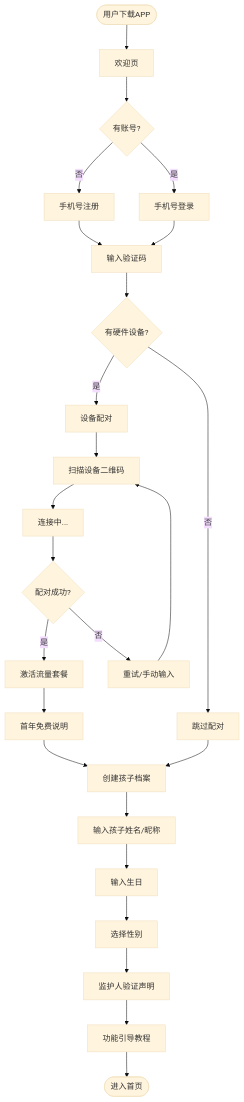
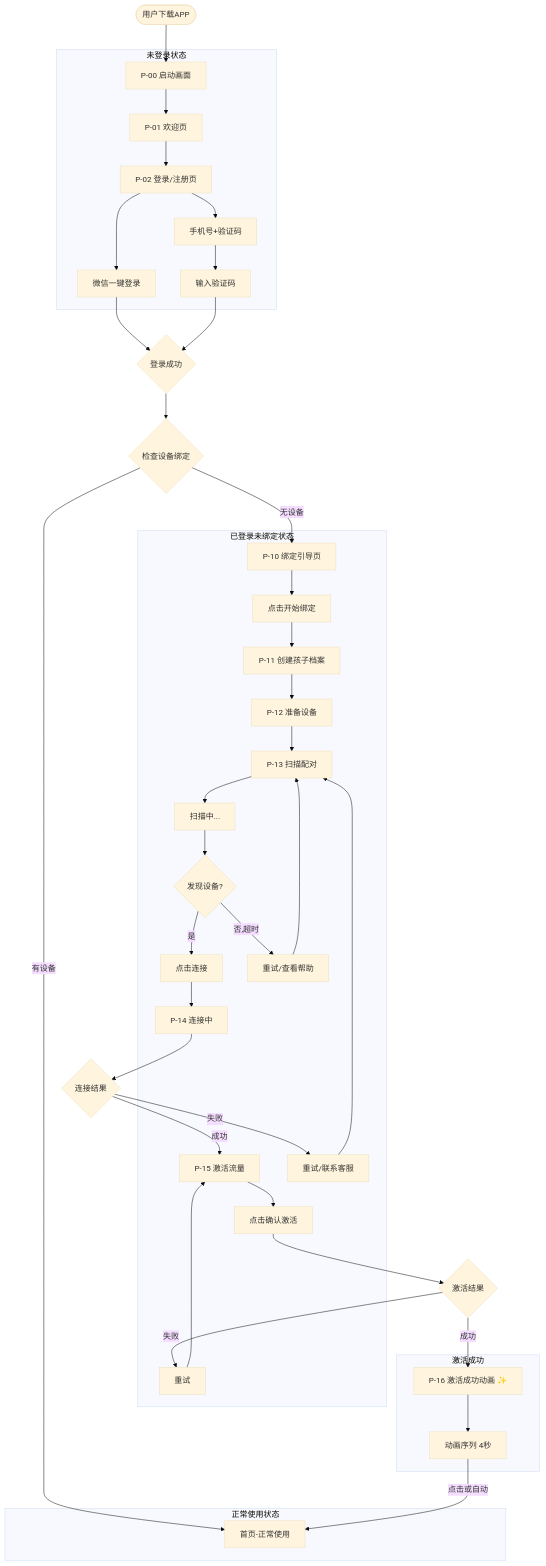
One commit to YZxyzz/Little-star changed the first of 10 diagrams in docs/02-product-spec/app-ux-design.md. Above: the diagram before and after it, drawn with Mermaid (base theme). The commit also changed other lines of this file and 37 other files, not shown here.

````diff
--- a/docs/02-product-spec/app-ux-design.md
+++ b/docs/02-product-spec/app-ux-design.md
@@ -171,36 +211,83 @@
 ```mermaid
 flowchart TD
-    Start([用户下载APP]) --> Welcome[欢迎页]
-    Welcome --> Login{有账号?}
+    Start([用户下载APP]) --> Splash[P-00 启动画面]
+    Splash --> Welcome[P-01 欢迎页]
+    Welcome --> Login[P-02 登录/注册页]
     
-    Login -->|否| Register[手机号注册]
-    Login -->|是| SignIn[手机号登录]
+    Login --> Phone[手机号+验证码]
+    Login --> Wechat[微信一键登录]
     
-    Register --> VerifyCode[输入验证码]
-    SignIn --> VerifyCode
+    Phone --> VerifyCode[输入验证码]
+    Wechat --> AuthCheck
+    VerifyCode --> AuthCheck{登录成功}
     
-    VerifyCode --> HasDevice{有硬件设备?}
+    AuthCheck --> DeviceCheck{检查设备绑定}
     
-    HasDevice -->|是| PairDevice[设备配对]
-    HasDevice -->|否| SkipPair[跳过配对]
+    DeviceCheck -->|无设备| BindGuide[P-10 绑定引导页]
+    DeviceCheck -->|有设备| MainApp[首页-正常使用]
     
-    PairDevice --> ScanQR[扫描设备二维码]
-    ScanQR --> Connecting[连接中...]
-    Connecting --> PairSuccess{配对成功?}
+    BindGuide --> StartBind[点击开始绑定]
+    StartBind --> Step1[P-11 创建孩子档案]
     
-    PairSuccess -->|是| ActivateTraffic[激活流量套餐]
-    PairSuccess -->|否| RetryPair[重试/手动输入]
-    RetryPair --> ScanQR
+    Step1 --> Step2[P-12 准备设备]
+    Step2 --> Step3[P-13 扫描配对]
     
-    ActivateTraffic --> TrafficInfo[首年免费说明]
-    TrafficInfo --> CreateProfile[创建孩子档案]
-    SkipPair --> CreateProfile
+    Step3 --> Scanning[扫描中...]
+    Scanning --> Found{发现设备?}
     
-    CreateProfile --> InputName[输入孩子姓名/昵称]
-    InputName --> InputBirth[输入生日]
-    InputBirth --> SelectGender[选择性别]
-    SelectGender --> GuardianVerify[监护人验证声明]
+    Found -->|是| Connect[点击连接]
+    Found -->|否,超时| Retry[重试/查看帮助]
+    Retry --> Step3
     
-    GuardianVerify --> Tutorial[功能引导教程]
-    Tutorial --> Home([进入首页])
+    Connect --> Step4[P-14 连接中]
+    Step4 --> ConnectResult{连接结果}
+    
+    ConnectResult -->|成功| Step5[P-15 激活流量]
+    ConnectResult -->|失败| RetryConnect[重试/联系客服]
+    RetryConnect --> Step3
+    
+    Step5 --> Activate[点击确认激活]
+    Activate --> ActivateResult{激活结果}
+    
+    ActivateResult -->|成功| SuccessAnim[P-16 激活成功动画 ✨]
+    ActivateResult -->|失败| RetryActivate[重试]
+    RetryActivate --> Step5
+    
+    SuccessAnim --> AnimPhases[动画序列 4秒]
+    AnimPhases --> |点击或自动| MainApp
+    
+    subgraph 未登录状态
+        Splash
+        Welcome
+        Login
+        Phone
+        Wechat
+        VerifyCode
+    end
+    
+    subgraph 已登录未绑定状态
+        BindGuide
+        StartBind
+        Step1
+        Step2
+        Step3
+        Scanning
+        Found
+        Connect
+        Step4
+        Step5
+        Activate
+        Retry
+        RetryConnect
+        RetryActivate
+    end
+    
+    subgraph 激活成功
+        SuccessAnim
+        AnimPhases
+    end
+    
+    subgraph 正常使用状态
+        MainApp
+    end
 ```
````
